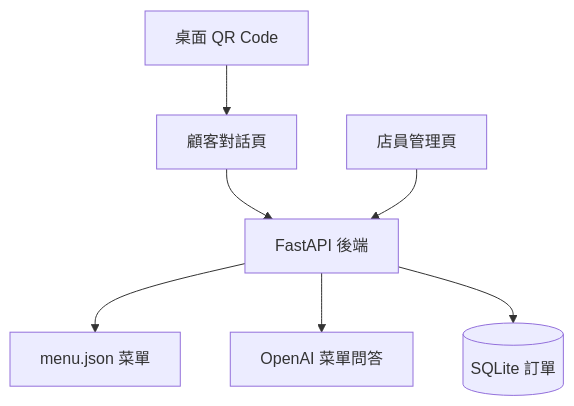
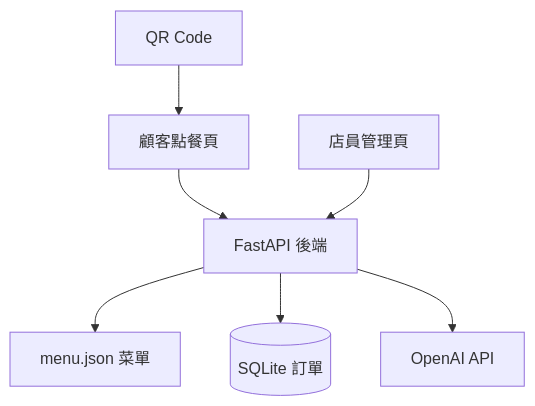
The diagram in README.md (frog1023/drink_ordering), drawn with Mermaid before and after one commit. The commit also changed other lines of this file, not shown here.

```diff
--- a/README.md
+++ b/README.md
@@ -7,9 +7,9 @@
 ~~~mermaid
 flowchart TD
-  Q[桌面 QR Code] --> P[顧客對話頁]
-  P --> B[FastAPI 後端]
-  B --> M[menu.json 菜單]
-  B --> O[OpenAI 菜單問答]
-  B --> D[(SQLite 訂單)]
-  S[店員管理頁] --> B
+    QR[QR Code] --> C[顧客點餐頁]
+    C --> API[FastAPI 後端]
+    S[店員管理頁] --> API
+    API --> M[menu.json 菜單]
+    API --> DB[(SQLite 訂單)]
+    API --> AI[OpenAI API]
 ~~~
```
